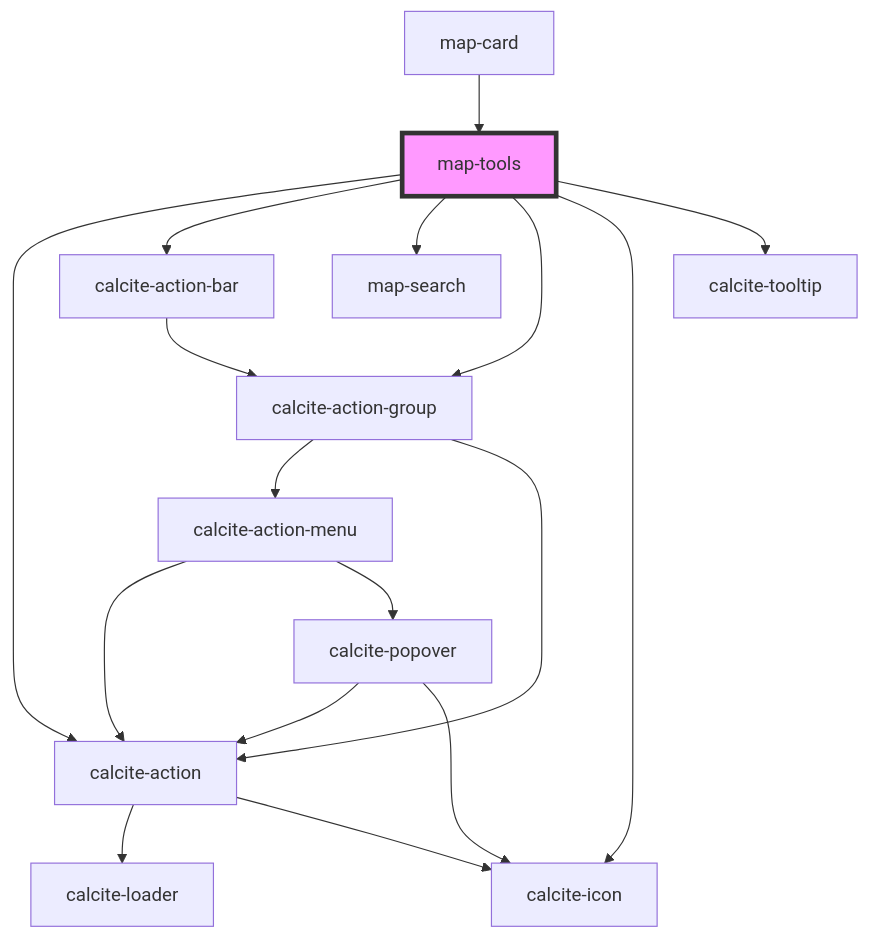
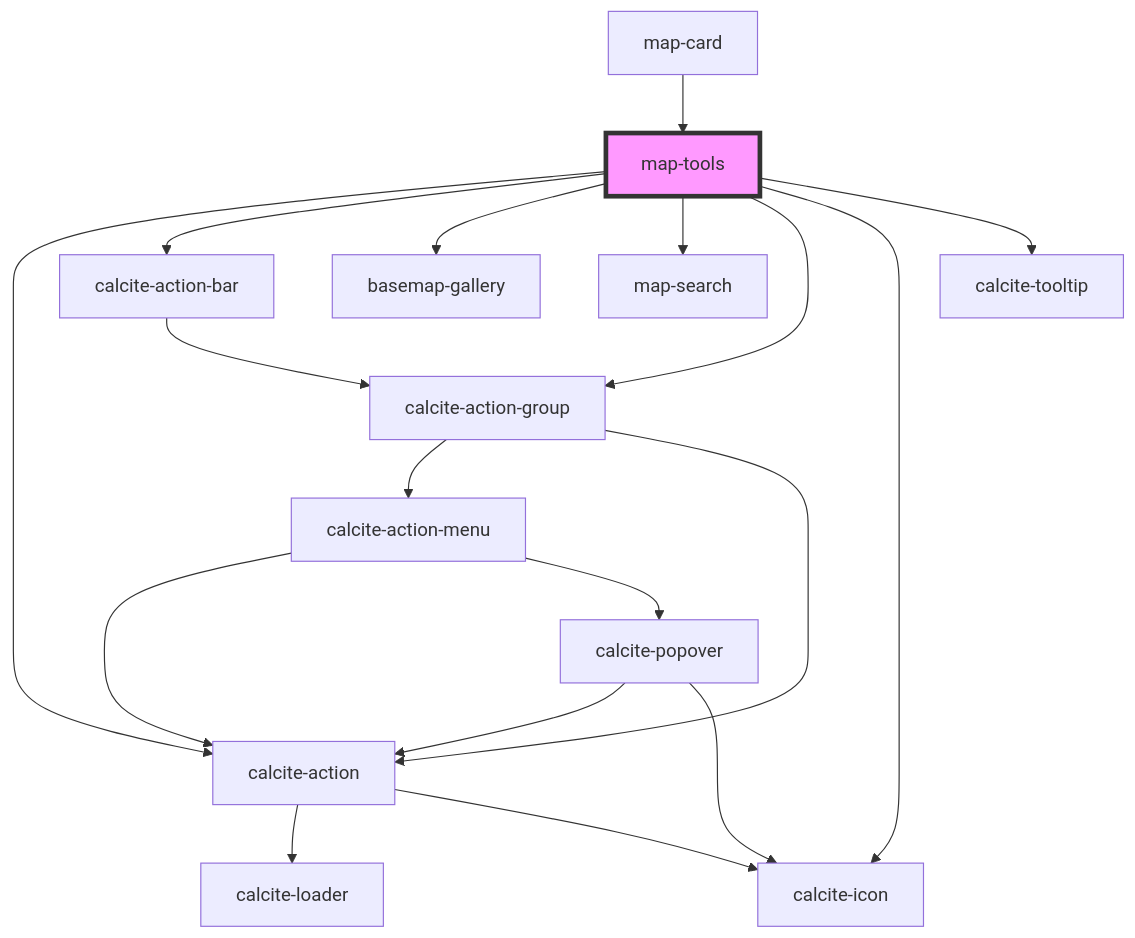
The diagram in src/components/map-tools/readme.md (Esri/solutions-components), drawn with Mermaid before and after one commit. The commit also changed other lines of this file and 9 other files, not shown here.

Commit message:
move basemap gallery to a component

````diff
--- a/src/components/map-tools/readme.md
+++ b/src/components/map-tools/readme.md
@@ -40,20 +41,21 @@
 ```mermaid
 graph TD;
   map-tools --> calcite-action
   map-tools --> calcite-action-bar
+  map-tools --> basemap-gallery
   map-tools --> map-search
   map-tools --> calcite-action-group
   map-tools --> calcite-icon
   map-tools --> calcite-tooltip
   calcite-action --> calcite-loader
   calcite-action --> calcite-icon
   calcite-action-bar --> calcite-action-group
   calcite-action-group --> calcite-action-menu
   calcite-action-group --> calcite-action
   calcite-action-menu --> calcite-action
   calcite-action-menu --> calcite-popover
   calcite-popover --> calcite-action
   calcite-popover --> calcite-icon
   map-card --> map-tools
   style map-tools fill:#f9f,stroke:#333,stroke-width:4px
 ```
````
